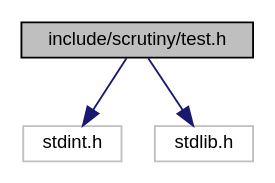
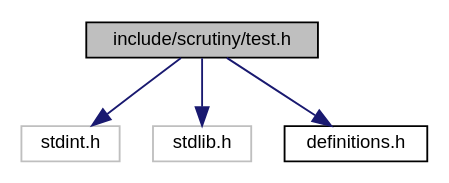
The diagram in docs/test_8h__incl.dot (nickeldan/scrutiny), drawn with Graphviz before and after one commit. The commit also changed 39 other files, not shown here.

```diff
--- a/docs/test_8h__incl.dot
+++ b/docs/test_8h__incl.dot
@@ -1,11 +1,13 @@
 digraph "include/scrutiny/test.h"
 {
  // LATEX_PDF_SIZE
   edge [fontname="Helvetica",fontsize="10",labelfontname="Helvetica",labelfontsize="10"];
   node [fontname="Helvetica",fontsize="10",shape=record];
   Node1 [label="include/scrutiny/test.h",height=0.2,width=0.4,color="black", fillcolor="grey75", style="filled", fontcolor="black",tooltip="Defines the test macros."];
   Node1 -> Node2 [color="midnightblue",fontsize="10",style="solid",fontname="Helvetica"];
   Node2 [label="stdint.h",height=0.2,width=0.4,color="grey75", fillcolor="white", style="filled",tooltip=" "];
   Node1 -> Node3 [color="midnightblue",fontsize="10",style="solid",fontname="Helvetica"];
   Node3 [label="stdlib.h",height=0.2,width=0.4,color="grey75", fillcolor="white", style="filled",tooltip=" "];
+  Node1 -> Node4 [color="midnightblue",fontsize="10",style="solid",fontname="Helvetica"];
+  Node4 [label="definitions.h",height=0.2,width=0.4,color="black", fillcolor="white", style="filled",URL="$definitions_8h_source.html",tooltip=" "];
 }
```
